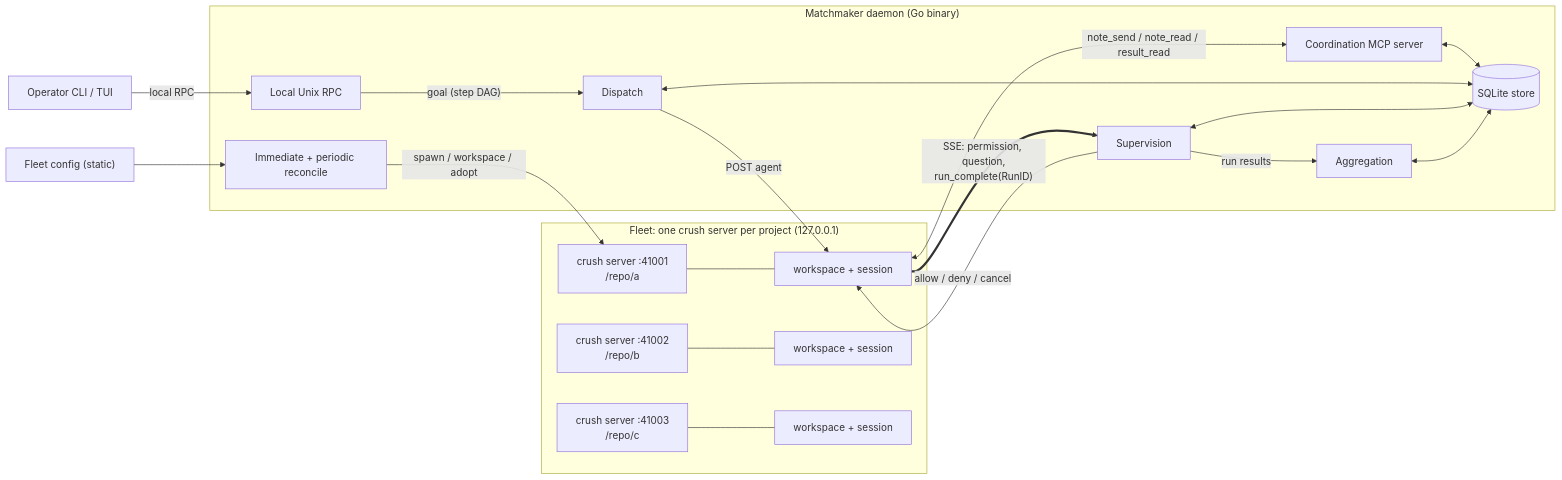
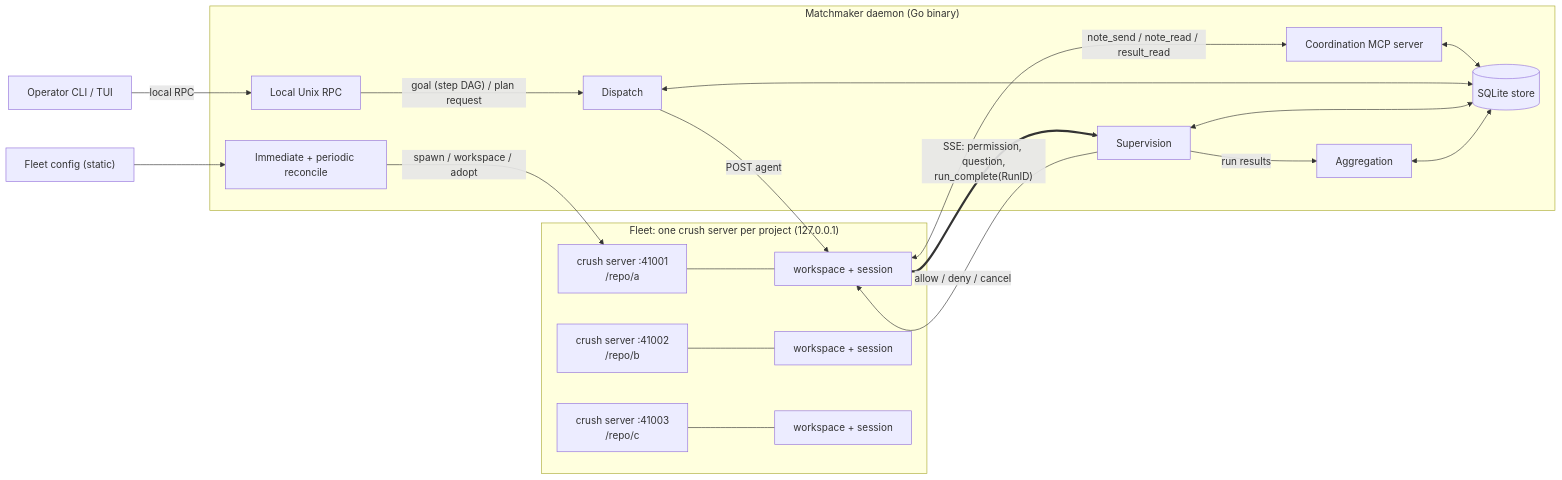
Before and after one commit to pshickeydev/matchmaker: the diagram in docs/DESIGN.md, drawn with Mermaid. The commit also changed other lines of this file and 5 other files, not shown here.

````diff
--- a/docs/DESIGN.md
+++ b/docs/DESIGN.md
@@ -94,38 +94,38 @@
 ```mermaid
 flowchart LR
     subgraph MM["Matchmaker daemon (Go binary)"]
         RPC["Local Unix RPC"]
         RECON["Immediate + periodic reconcile"]
         DISP["Dispatch"]
         SUP["Supervision"]
         AGG["Aggregation"]
         NOTES["Coordination MCP server"]
         STORE[("SQLite store")]
     end
 
     CONFIG["Fleet config (static)"] --> RECON
-    USER["Operator CLI / TUI"] -->|"local RPC"| RPC -->|"goal (step DAG)"| DISP
+    USER["Operator CLI / TUI"] -->|"local RPC"| RPC -->|"goal (step DAG) / plan request"| DISP
 
     RECON -->|"spawn / workspace / adopt"| S1
     DISP -->|"POST agent"| W1
     W1 ==>|"SSE: permission, question,<br/>run_complete(RunID)"| SUP
     SUP -->|"allow / deny / cancel"| W1
     W1 <-->|"note_send / note_read / result_read"| NOTES
     NOTES <--> STORE
     DISP <--> STORE
     SUP <--> STORE
     AGG <--> STORE
     SUP -->|"run results"| AGG
 
     subgraph FLEET["Fleet: one crush server per project (127.0.0.1)"]
         S1["crush server :41001<br/>/repo/a"]
         S2["crush server :41002<br/>/repo/b"]
         S3["crush server :41003<br/>/repo/c"]
         W1["workspace + session"]
         W2["workspace + session"]
         W3["workspace + session"]
         S1 --- W1
         S2 --- W2
         S3 --- W3
     end
 ```
````
